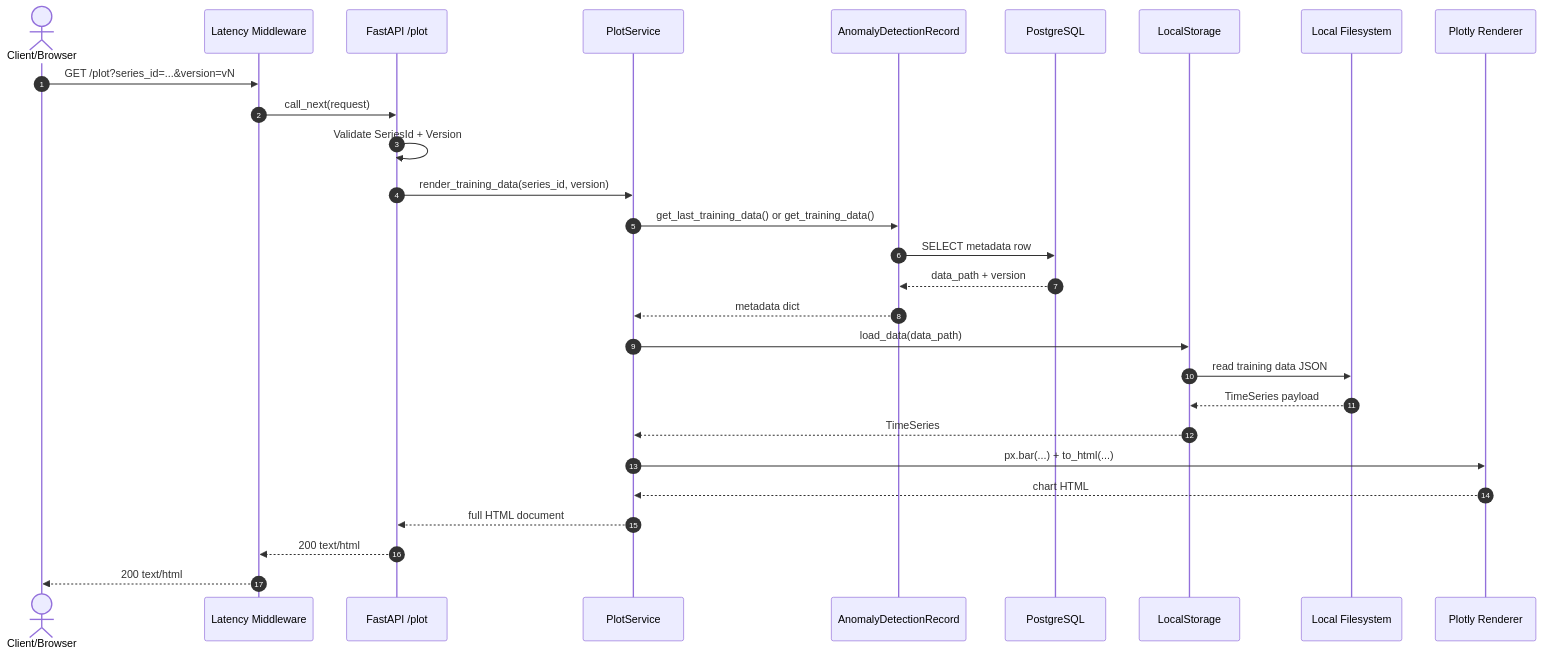
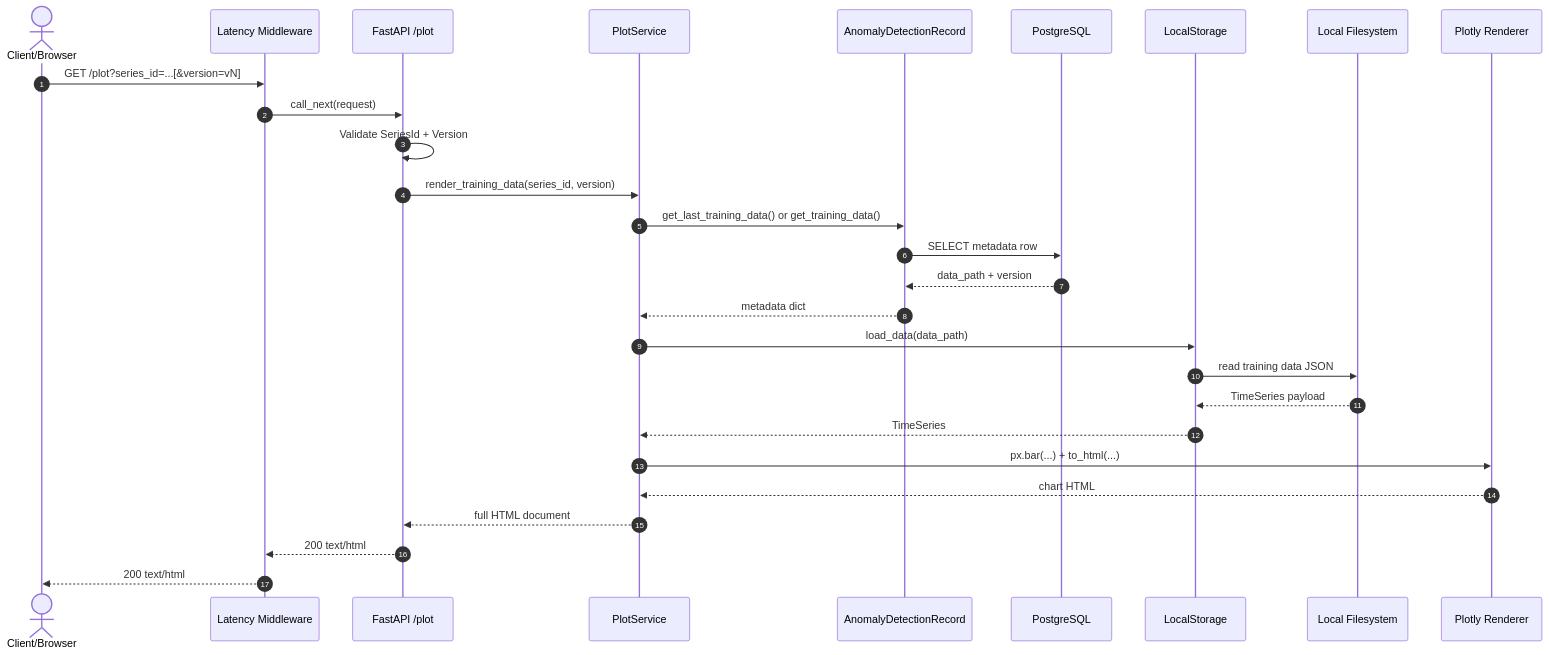
One commit to lucasmazzetto/time_series_anomaly_detection_pipelineine changed the fourth of 4 diagrams in docs/architecture.md. Above: the diagram before and after it, drawn with Mermaid. The commit also changed other lines of this file and 2 other files, not shown here.

Commit message:
docs: align architecture and endpoint docs with current runtime behavior

````diff
--- a/docs/architecture.md
+++ b/docs/architecture.md
@@ -277,31 +278,31 @@
 ```mermaid
 sequenceDiagram
     autonumber
     actor Browser as Client/Browser
     participant MW as Latency Middleware
     participant Route as FastAPI /plot
     participant Service as PlotService
     participant Record as AnomalyDetectionRecord
     participant DB as PostgreSQL
     participant Store as LocalStorage
     participant FS as Local Filesystem
     participant Plotly as Plotly Renderer
 
-    Browser->>MW: GET /plot?series_id=...&version=vN
+    Browser->>MW: GET /plot?series_id=...[&version=vN]
     MW->>Route: call_next(request)
     Route->>Route: Validate SeriesId + Version
     Route->>Service: render_training_data(series_id, version)
     Service->>Record: get_last_training_data() or get_training_data()
     Record->>DB: SELECT metadata row
     DB-->>Record: data_path + version
     Record-->>Service: metadata dict
     Service->>Store: load_data(data_path)
     Store->>FS: read training data JSON
     FS-->>Store: TimeSeries payload
     Store-->>Service: TimeSeries
     Service->>Plotly: px.bar(...) + to_html(...)
     Plotly-->>Service: chart HTML
     Service-->>Route: full HTML document
     Route-->>MW: 200 text/html
     MW-->>Browser: 200 text/html
 ```
````
